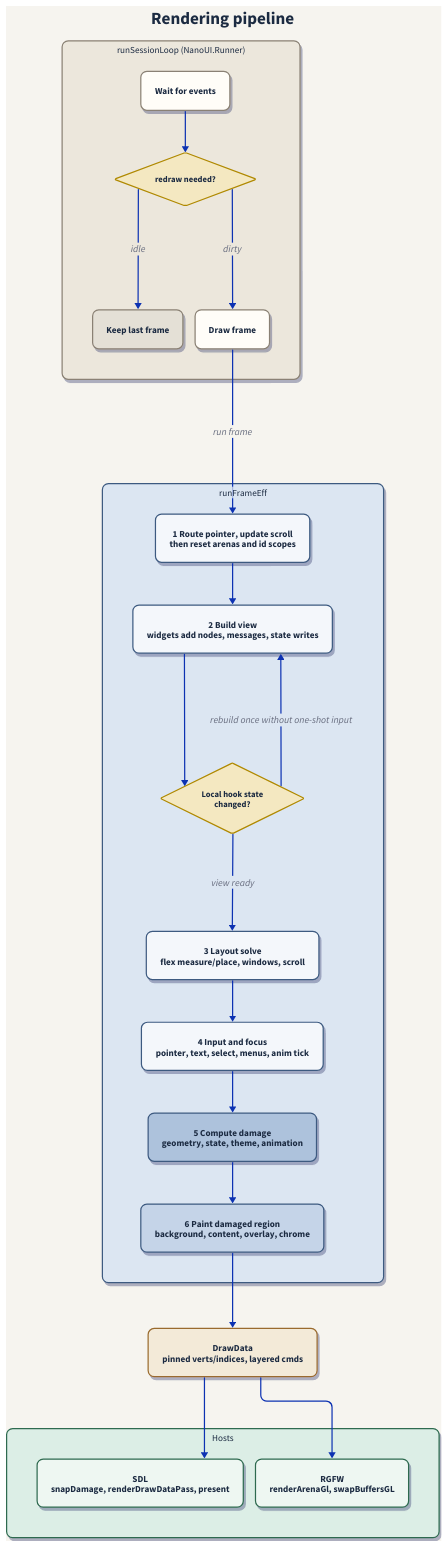
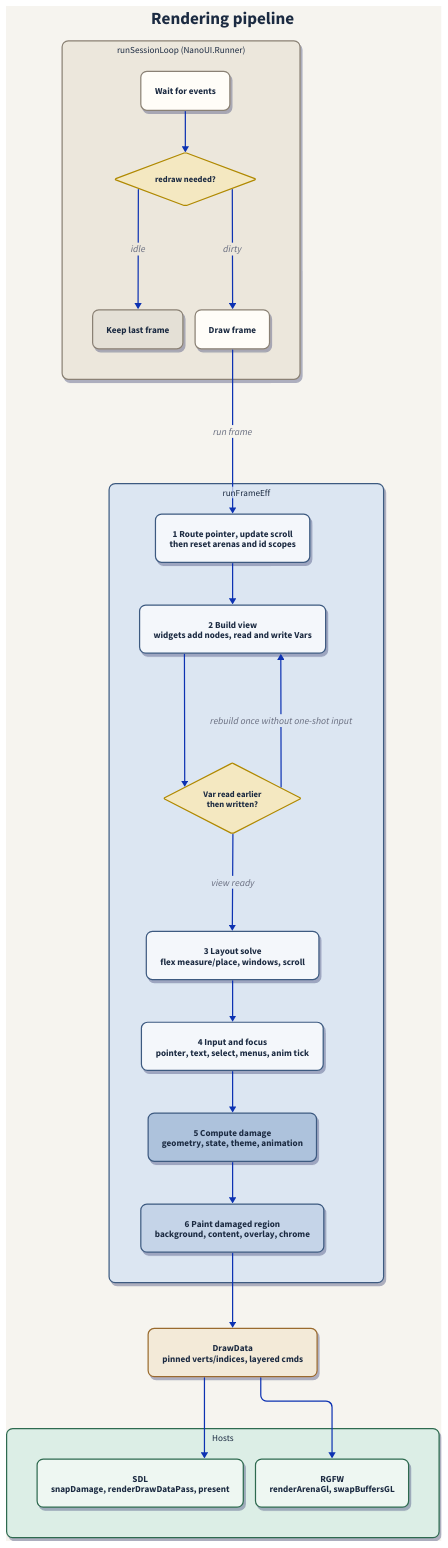
Before and after one commit to goolord/nano-ui: the diagram in docs/rendering-pipeline.d2, drawn with D2. The commit also changed 4 other files, not shown here.

```diff
--- a/docs/rendering-pipeline.d2
+++ b/docs/rendering-pipeline.d2
@@ -1,139 +1,139 @@
 # One runSessionLoop pass: wait for events, run a frame when a redraw is needed, present.
 # Render: d2 docs/rendering-pipeline.d2 docs/rendering-pipeline.svg
 
 vars: {
   d2-config: {
     layout-engine: elk
     pad: 48
   }
 }
 
 direction: down
 
 classes: {
   box: {
     style: {
       border-radius: 10
       font-size: 15
       font-color: "#1b2a41"
       stroke-width: 2
       shadow: true
     }
   }
   gate: {
     shape: diamond
     style: {
       font-size: 14
       font-color: "#1b2a41"
       fill: "#f4e8c1"
       stroke: "#b08900"
       stroke-width: 2
     }
   }
 }
 
 style.fill: "#f6f4ef"
 style.stroke: "#f6f4ef"
 
 heading: {
   label: Rendering pipeline
   near: top-center
   shape: text
   style: {
     font-size: 28
     bold: true
     font-color: "#1b2a41"
   }
 }
 
 idle: "runSessionLoop (NanoUI.Runner)" {
   class: box
   style.fill: "#ece7dc"
   style.stroke: "#8a8174"
   direction: down
 
   poll: Wait for events { class: box; style.fill: "#fffdf8"; style.stroke: "#8a8174" }
   gate: redraw needed? { class: gate }
   skip: Keep last frame { class: box; style.fill: "#e4e0d6"; style.stroke: "#8a8174" }
   present: Draw frame { class: box; style.fill: "#fffdf8"; style.stroke: "#8a8174" }
 
   poll -> gate
   gate -> skip: idle
   gate -> present: dirty
 }
 
 frame: runFrameEff {
   class: box
   style.fill: "#dce6f2"
   style.stroke: "#3d5a80"
   direction: down
 
   reset: "1  Route pointer, update scroll\nthen reset arenas and id scopes" {
     class: box
     style.fill: "#f4f7fb"
     style.stroke: "#3d5a80"
   }
-  build: "2  Build view\nwidgets add nodes, messages, state writes" {
+  build: "2  Build view\nwidgets add nodes, read and write Vars" {
     class: box
     style.fill: "#f4f7fb"
     style.stroke: "#3d5a80"
   }
-  mirror: "Local hook state\nchanged?" {
+  mirror: "Var read earlier\nthen written?" {
     class: gate
   }
   layout: "3  Layout solve\nflex measure/place, windows, scroll" {
     class: box
     style.fill: "#f4f7fb"
     style.stroke: "#3d5a80"
   }
   input: "4  Input and focus\npointer, text, select, menus, anim tick" {
     class: box
     style.fill: "#f4f7fb"
     style.stroke: "#3d5a80"
   }
   paint: "6  Paint damaged region\nbackground, content, overlay, chrome" {
     class: box
     style.fill: "#c5d4e8"
     style.stroke: "#3d5a80"
   }
   damage: "5  Compute damage\ngeometry, state, theme, animation" {
     class: box
     style.fill: "#adc2dc"
     style.stroke: "#3d5a80"
   }
 
   reset -> build
   build -> mirror
   mirror -> build: rebuild once without one-shot input
   mirror -> layout: view ready
   layout -> input -> damage -> paint
 }
 
 drawdata: "DrawData\npinned verts/indices, layered cmds" {
   class: box
   style.fill: "#f3ead8"
   style.stroke: "#9a6b2f"
 }
 
 hosts: Hosts {
   class: box
   style.fill: "#dceee6"
   style.stroke: "#2d6a4f"
   direction: right
 
   sdl: "SDL\nsnapDamage, renderDrawDataPass, present" {
     class: box
     style.fill: "#eef7f2"
     style.stroke: "#2d6a4f"
   }
   rgfw: "RGFW\nrenderArenaGl, swapBuffersGL" {
     class: box
     style.fill: "#eef7f2"
     style.stroke: "#2d6a4f"
   }
 }
 
 idle.present -> frame.reset: run frame
 frame.paint -> drawdata
 drawdata -> hosts.sdl
 drawdata -> hosts.rgfw
```
